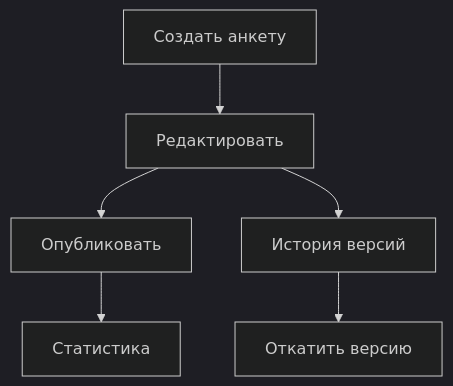
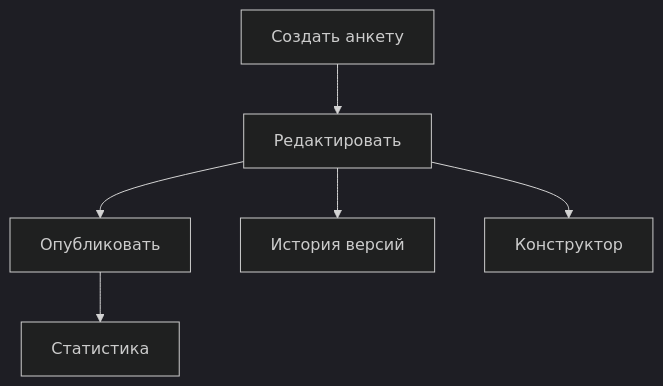
One commit to sanya2905/survey-constructor-service changed the first of 5 diagrams in docs/vkr-zashchita-prezentaciya.md. Above: the diagram before and after it, drawn with Mermaid (dark theme). The commit also changed other lines of this file, not shown here.

````diff
--- a/docs/vkr-zashchita-prezentaciya.md
+++ b/docs/vkr-zashchita-prezentaciya.md
@@ -101,13 +36,14 @@
 ```mermaid
 flowchart TD
     B[Создать анкету]
     C[Редактировать]
     D[Опубликовать]
     H[История версий]
-    I[Откатить версию]
     F[Статистика]
+    J[Конструктор]
 
     B --> C --> D
-    C --> H --> I
+    C --> H
     D --> F
+    C --> J
 ```
````
